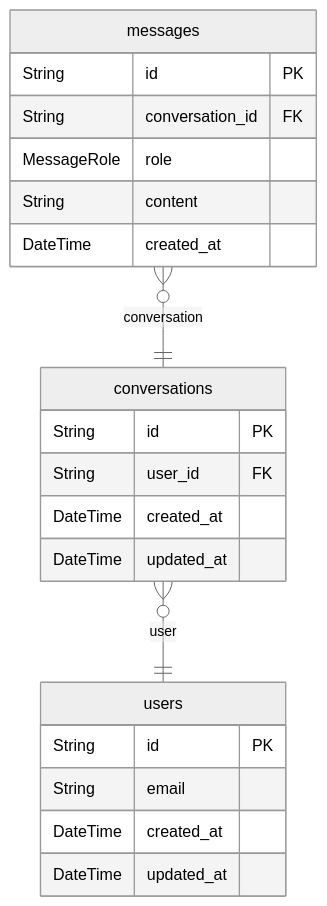
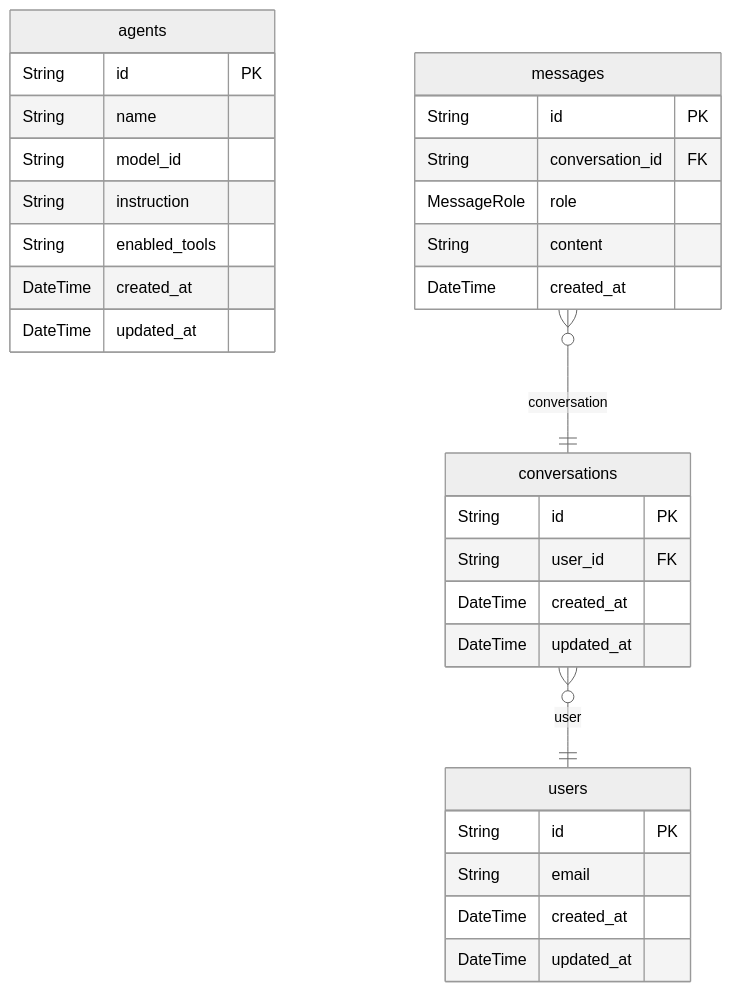
The fourth of 4 diagrams in docs/ERD.md (kosukekihara/cloudflare-worker-agent), drawn with Mermaid (neutral theme) before and after one commit. The commit also changed other lines of this file and 52 other files, not shown here.

````diff
--- a/docs/ERD.md
+++ b/docs/ERD.md
@@ -77,24 +107,33 @@
 ```mermaid
 erDiagram
+"agents" {
+  String id PK
+  String name
+  String model_id
+  String instruction
+  String enabled_tools
+  DateTime created_at
+  DateTime updated_at
+}
 "conversations" {
   String id PK
   String user_id FK
   DateTime created_at
   DateTime updated_at
 }
 "messages" {
   String id PK
   String conversation_id FK
   MessageRole role
   String content
   DateTime created_at
 }
 "users" {
   String id PK
   String email
   DateTime created_at
   DateTime updated_at
 }
 "conversations" }o--|| "users" : user
 "messages" }o--|| "conversations" : conversation
 ```
````
